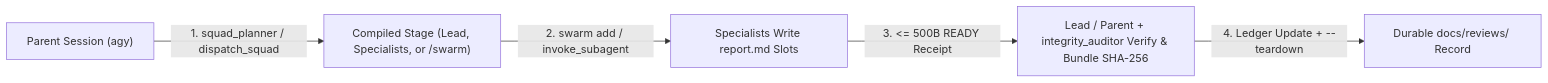
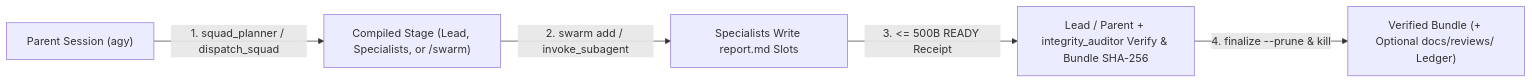
One commit to paragon-ux/Agy-Squad changed the diagram in docs/concepts.md. Above: the diagram before and after it, drawn with Mermaid. The commit also changed other lines of this file and 62 other files, not shown here.

````diff
--- a/docs/concepts.md
+++ b/docs/concepts.md
@@ -7,7 +7,7 @@
 ```mermaid
 flowchart LR
   P["Parent Session (agy)"] -->|"1. squad_planner / dispatch_squad"| C["Compiled Stage (Lead, Specialists, or /swarm)"]
   C -->|"2. swarm add / invoke_subagent"| S["Specialists Write report.md Slots"]
   S -->|"3. <= 500B READY Receipt"| L["Lead / Parent + integrity_auditor Verify & Bundle SHA-256"]
-  L -->|"4. Ledger Update + --teardown"| D["Durable docs/reviews/ Record"]
+  L -->|"4. finalize --prune & kill"| D["Verified Bundle (+ Optional docs/reviews/ Ledger)"]
 ```
````
